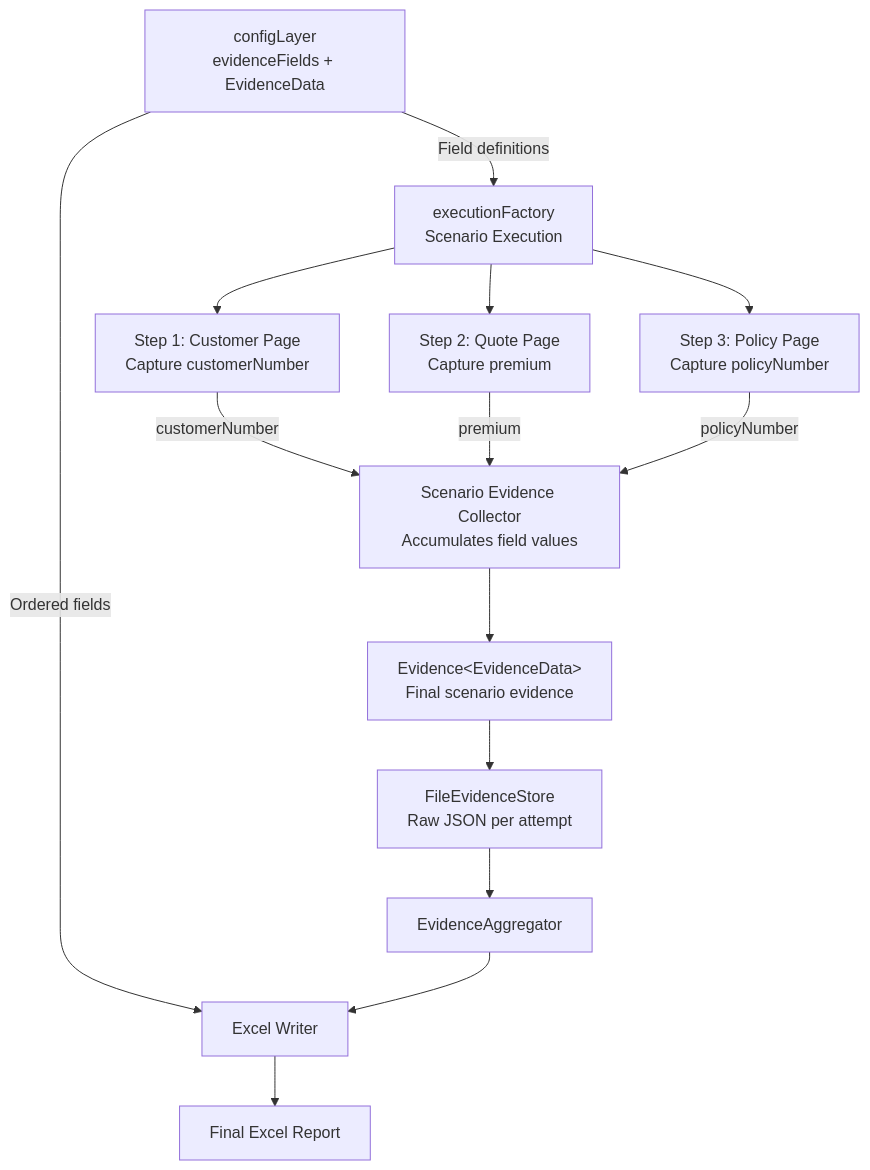
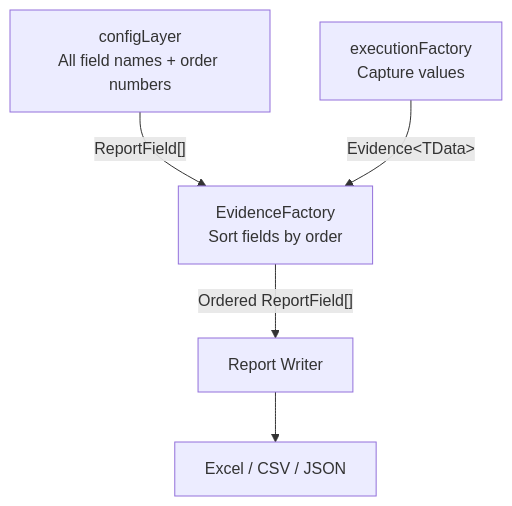
Before and after one commit to vijaytomar81/VJ_Playwright: the diagram in evidenceFactory/FLOW.md, drawn with Mermaid. The commit also changed 13 other files, not shown here.

Commit message:
improvement in evidenceFactory

````diff
--- a/evidenceFactory/FLOW.md
+++ b/evidenceFactory/FLOW.md
@@ -1,40 +1,15 @@
 ```mermaid
 
 flowchart TD
-    CONFIG["configLayer<br/>evidenceFields + EvidenceData"]
+    CONFIG["configLayer<br/>All field names + order numbers"]
+    EXEC["executionFactory<br/>Capture values"]
+    FACTORY["EvidenceFactory<br/>Sort fields by order"]
+    WRITER["Report Writer"]
+    OUTPUT["Excel / CSV / JSON"]
 
-    EXEC["executionFactory<br/>Scenario Execution"]
-
-    STEP1["Step 1: Customer Page<br/>Capture customerNumber"]
-    STEP2["Step 2: Quote Page<br/>Capture premium"]
-    STEP3["Step 3: Policy Page<br/>Capture policyNumber"]
-
-    COLLECTOR["Scenario Evidence Collector<br/>Accumulates field values"]
-
-    ENVELOPE["Evidence&lt;EvidenceData&gt;<br/>Final scenario evidence"]
-
-    STORE["FileEvidenceStore<br/>Raw JSON per attempt"]
-
-    AGG["EvidenceAggregator"]
-    WRITER["Excel Writer"]
-    REPORT["Final Excel Report"]
-
-    CONFIG -->|"Field definitions"| EXEC
-    CONFIG -->|"Ordered fields"| WRITER
-
-    EXEC --> STEP1
-    STEP1 -->|"customerNumber"| COLLECTOR
-
-    EXEC --> STEP2
-    STEP2 -->|"premium"| COLLECTOR
-
-    EXEC --> STEP3
-    STEP3 -->|"policyNumber"| COLLECTOR
-
-    COLLECTOR --> ENVELOPE
-    ENVELOPE --> STORE
-
-    STORE --> AGG
-    AGG --> WRITER
-    WRITER --> REPORT
+    CONFIG -->|"ReportField[]"| FACTORY
+    EXEC -->|"Evidence&lt;TData&gt;"| FACTORY
+    FACTORY -->|"Ordered ReportField[]"| WRITER
+    WRITER --> OUTPUT
+    
 ```
````
